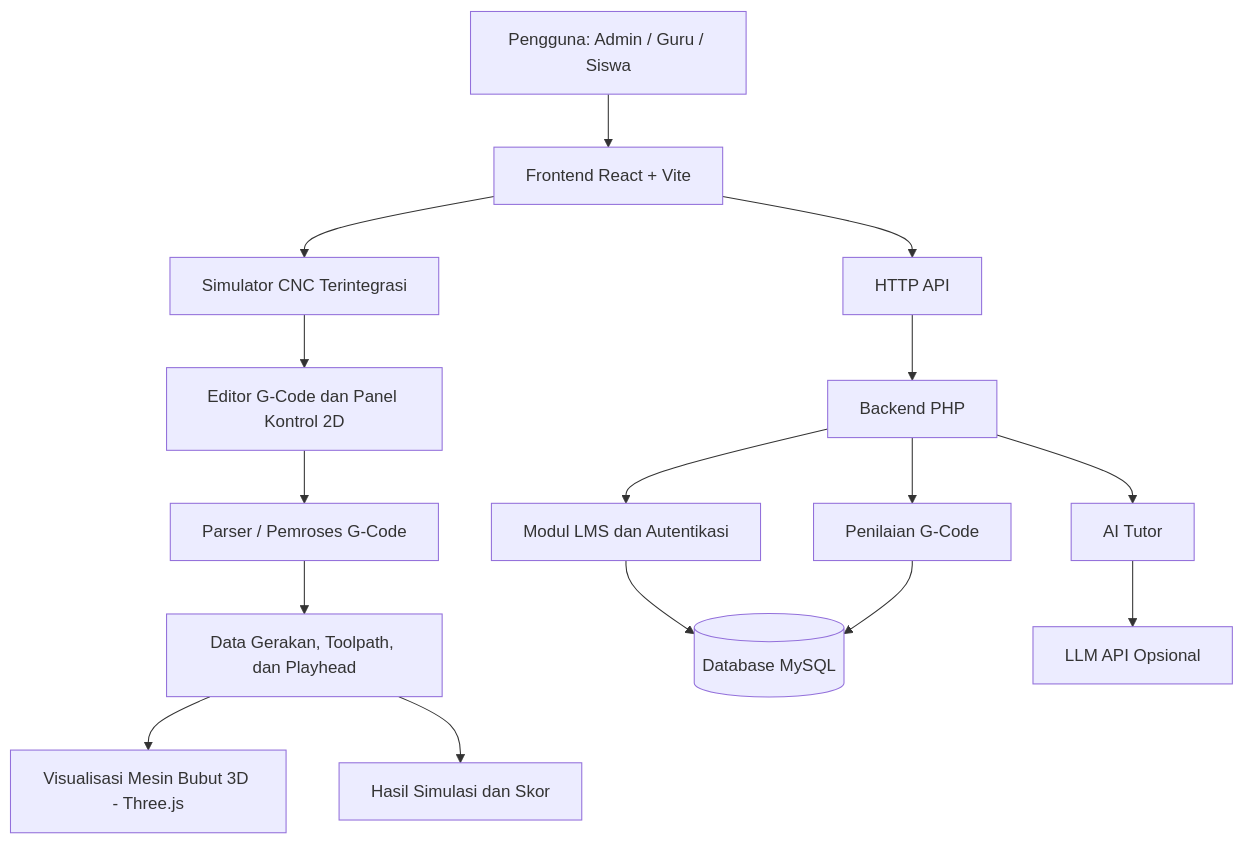
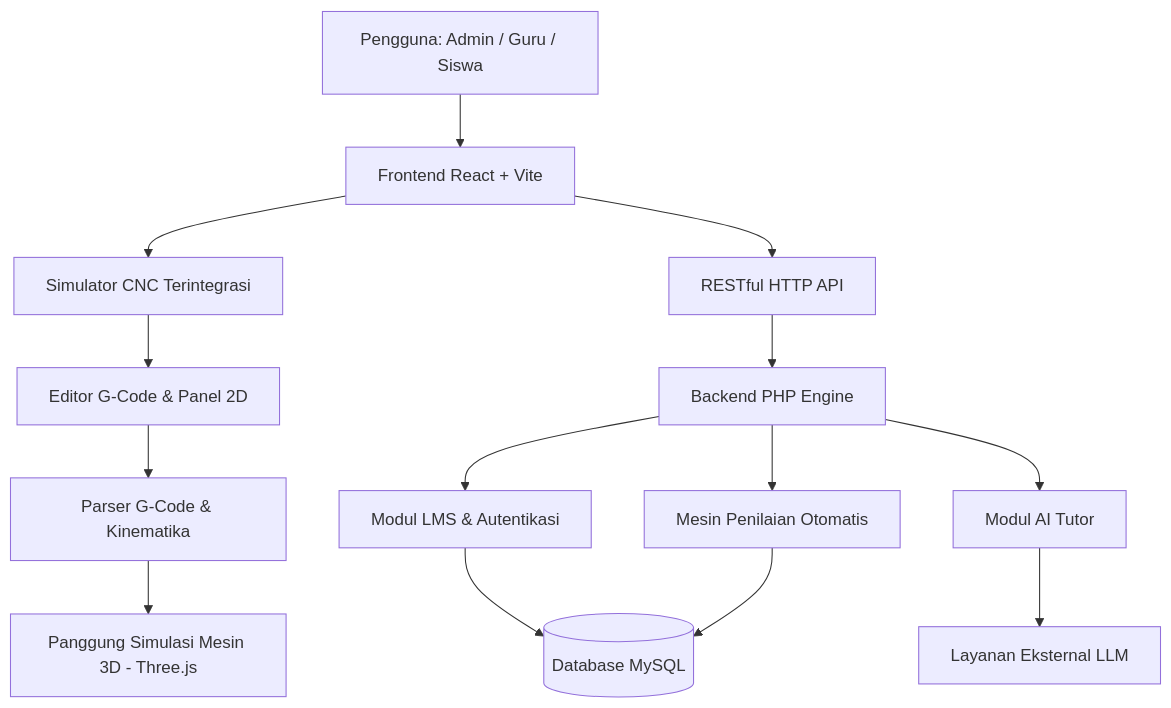
Before and after one commit to FataFavian/SiNC: the third of 3 diagrams in README.md, drawn with Mermaid. The commit also changed other lines of this file, not shown here.

````diff
--- a/README.md
+++ b/README.md
@@ -116,18 +144,16 @@
 ```mermaid
 flowchart TD
     A[Pengguna: Admin / Guru / Siswa] --> B[Frontend React + Vite]
     B --> C[Simulator CNC Terintegrasi]
-    C --> D[Editor G-Code dan Panel Kontrol 2D]
-    D --> E[Parser / Pemroses G-Code]
-    E --> F[Data Gerakan, Toolpath, dan Playhead]
-    F --> G[Visualisasi Mesin Bubut 3D - Three.js]
-    F --> H[Hasil Simulasi dan Skor]
-    B --> I[HTTP API]
-    I --> J[Backend PHP]
-    J --> K[Modul LMS dan Autentikasi]
-    J --> L[Penilaian G-Code]
-    J --> M[AI Tutor]
-    K --> N[(Database MySQL)]
-    L --> N
-    M --> O[LLM API Opsional]
+    C --> D[Editor G-Code & Panel 2D]
+    D --> E[Parser G-Code & Kinematika]
+    E --> F[Panggung Simulasi Mesin 3D - Three.js]
+    B --> G[RESTful HTTP API]
+    G --> H[Backend PHP Engine]
+    H --> I[Modul LMS & Autentikasi]
+    H --> J[Mesin Penilaian Otomatis]
+    H --> K[Modul AI Tutor]
+    I --> L[(Database MySQL)]
+    J --> L
+    K --> M[Layanan Eksternal LLM]
 ```
````
